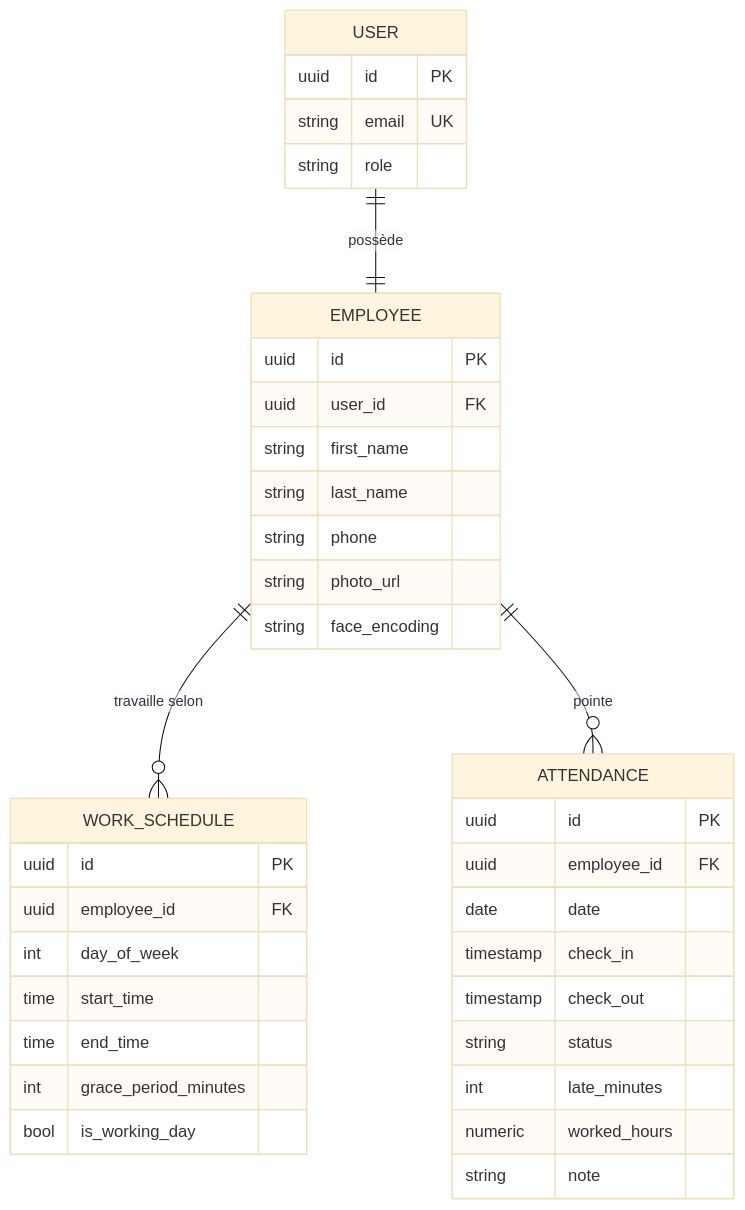
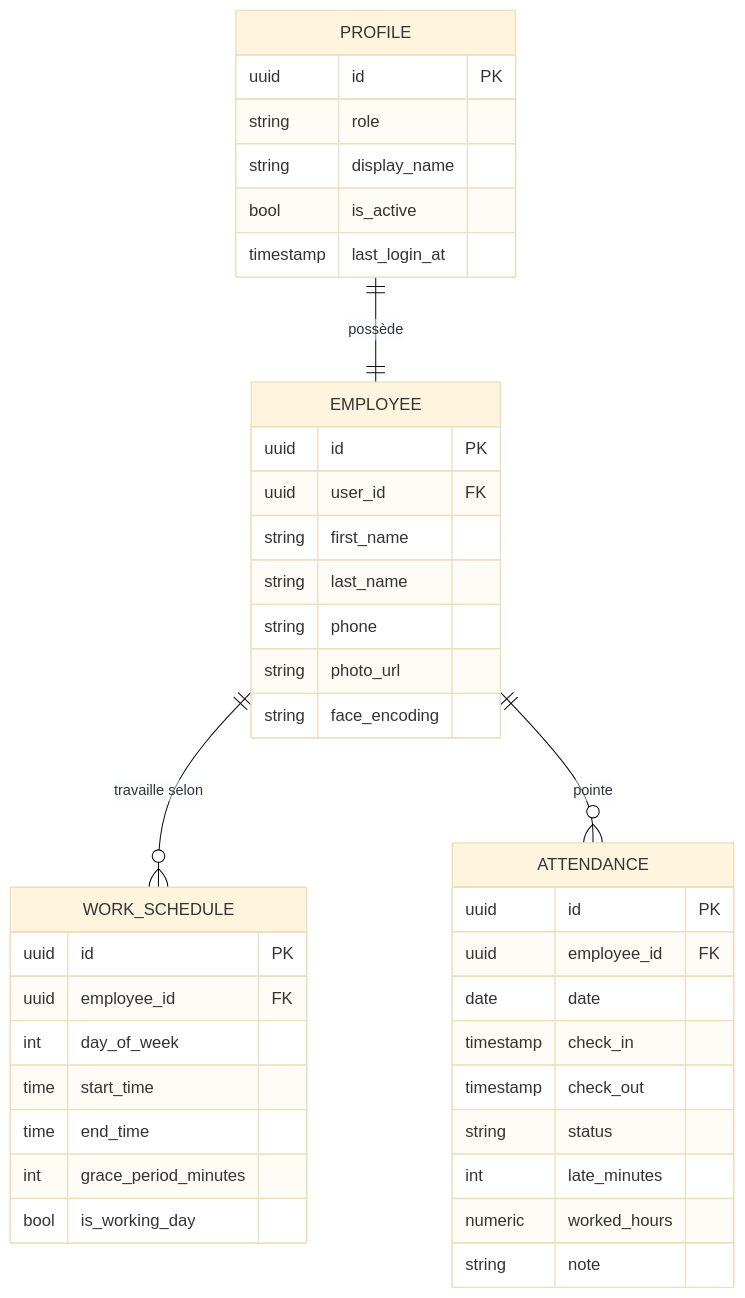
The second of 2 diagrams in data_base/structure-bd.md (Abdurrahmane06/face-attendance-system), drawn with Mermaid (base theme) before and after one commit. The commit also changed other lines of this file and 3 other files, not shown here.

````diff
--- a/data_base/structure-bd.md
+++ b/data_base/structure-bd.md
@@ -182,44 +186,46 @@
 ```mermaid
 erDiagram
-    USER ||--|| EMPLOYEE : "possède"
+    PROFILE ||--|| EMPLOYEE : "possède"
     EMPLOYEE ||--o{ WORK_SCHEDULE : "travaille selon"
     EMPLOYEE ||--o{ ATTENDANCE : "pointe"
 
-    USER {
+    PROFILE {
         uuid id PK
-        string email UK
         string role
+        string display_name
+        bool is_active
+        timestamp last_login_at
     }
 
     EMPLOYEE {
         uuid id PK
         uuid user_id FK
         string first_name
         string last_name
         string phone
         string photo_url
         string face_encoding
     }
 
     WORK_SCHEDULE {
         uuid id PK
         uuid employee_id FK
         int day_of_week
         time start_time
         time end_time
         int grace_period_minutes
         bool is_working_day
     }
 
     ATTENDANCE {
         uuid id PK
         uuid employee_id FK
         date date
         timestamp check_in
         timestamp check_out
         string status
         int late_minutes
         numeric worked_hours
         string note
     }
 ```
````
